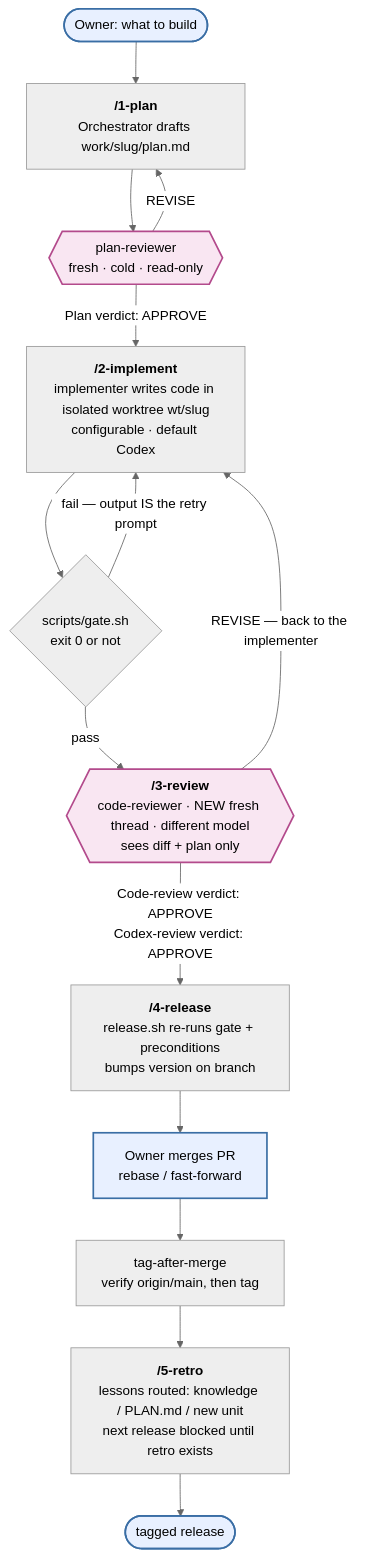
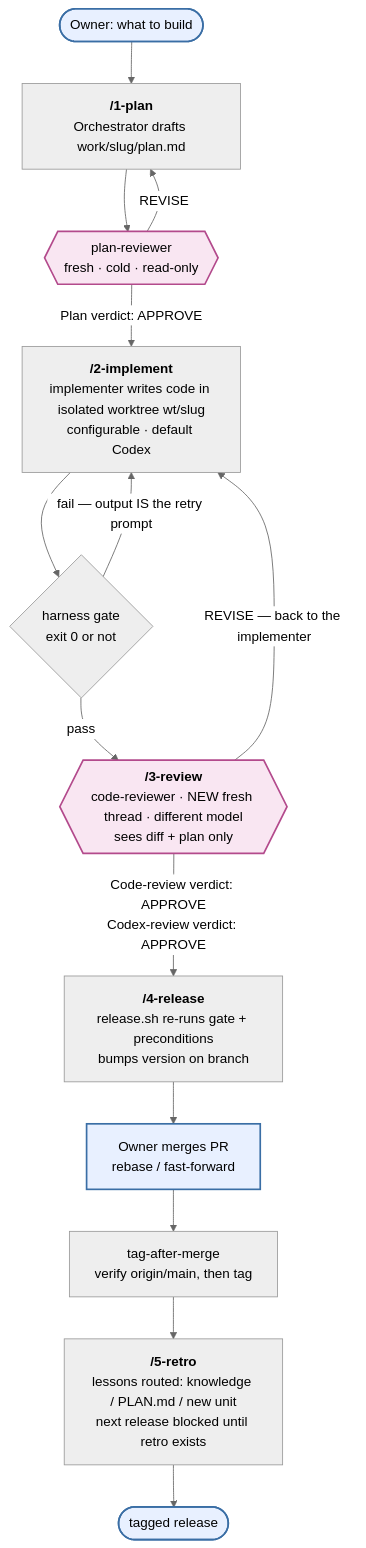
Before and after one commit to ChristopherHoward1/agentic-coding-template: the first of 2 diagrams in README.md, drawn with Mermaid (neutral theme). The commit also changed other lines of this file and 63 other files, not shown here.

````diff
--- a/README.md
+++ b/README.md
@@ -19,23 +19,23 @@
 ```mermaid
 flowchart TD
     Owner([Owner: what to build]):::human --> Draft
 
     Draft["<b>/1-plan</b><br/>Orchestrator drafts work/slug/plan.md"] --> PRev{{"plan-reviewer<br/>fresh · cold · read-only"}}:::grill
     PRev -- "REVISE" --> Draft
     PRev -- "Plan verdict: APPROVE" --> Impl
 
-    Impl["<b>/2-implement</b><br/>implementer writes code in isolated worktree wt/slug<br/>configurable · default Codex"] --> Gate{"scripts/gate.sh<br/>exit 0 or not"}
+    Impl["<b>/2-implement</b><br/>implementer writes code in isolated worktree wt/slug<br/>configurable · default Codex"] --> Gate{"harness gate<br/>exit 0 or not"}
     Gate -- "fail — output IS the retry prompt" --> Impl
     Gate -- "pass" --> CRev
 
     CRev{{"<b>/3-review</b><br/>code-reviewer · NEW fresh thread · different model<br/>sees diff + plan only"}}:::grill
     CRev -- "REVISE — back to the implementer" --> Impl
     CRev -- "Code-review verdict: APPROVE<br/>Codex-review verdict: APPROVE" --> Rel
 
     Rel["<b>/4-release</b><br/>release.sh re-runs gate + preconditions<br/>bumps version on branch"] --> Merge["Owner merges PR<br/>rebase / fast-forward"]:::human
     Merge --> Tag["tag-after-merge<br/>verify origin/main, then tag"]
     Tag --> Retro["<b>/5-retro</b><br/>lessons routed: knowledge / PLAN.md / new unit<br/>next release blocked until retro exists"] --> Done([tagged release]):::human
 
     classDef grill fill:#f9e6f2,stroke:#b34a8c,stroke-width:2px,color:#000;
     classDef human fill:#e8f0ff,stroke:#3a6ea5,stroke-width:2px,color:#000;
 ```
````
